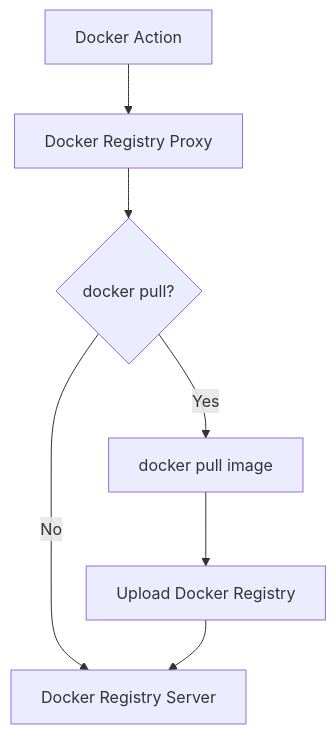
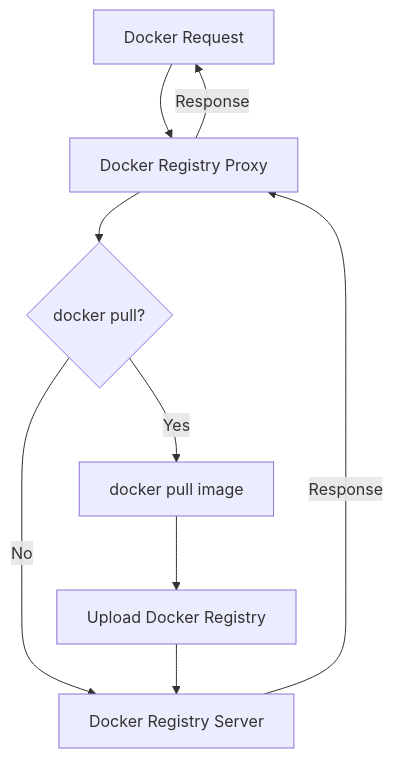
Before and after one commit to shencangsheng/easy-registry-mirror: the diagram in README.md, drawn with Mermaid. The commit also changed 1 other file, not shown here.

````diff
--- a/README.md
+++ b/README.md
@@ -27,9 +27,11 @@
 ```mermaid
 graph TD;
-    A[Docker Action] --> B[Docker Registry Proxy];
+    A[Docker Request] --> B[Docker Registry Proxy];
     B --> C{docker pull?};
     C -- Yes --> D[docker pull image];
     C -- No --> E[Docker Registry Server];
     D --> F[Upload Docker Registry];
     F --> E
+    E -- Response --> B
+    B -- Response --> A
 ```
````
